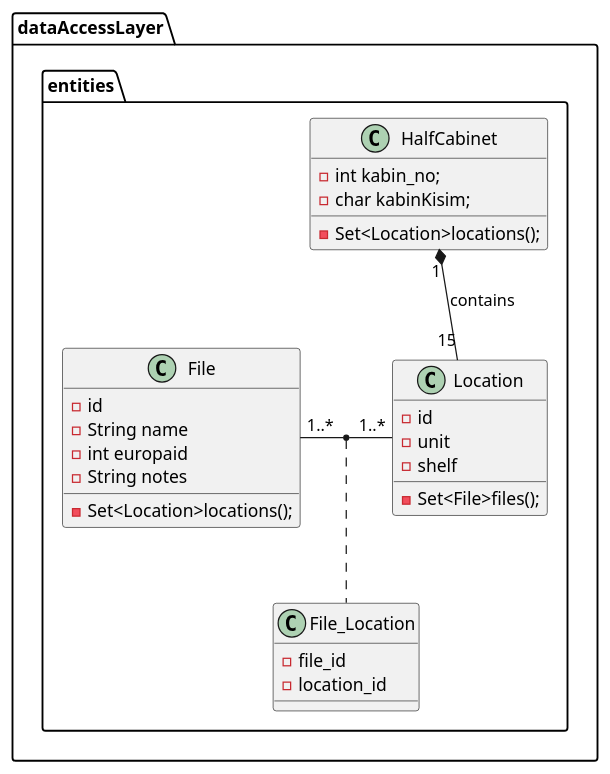
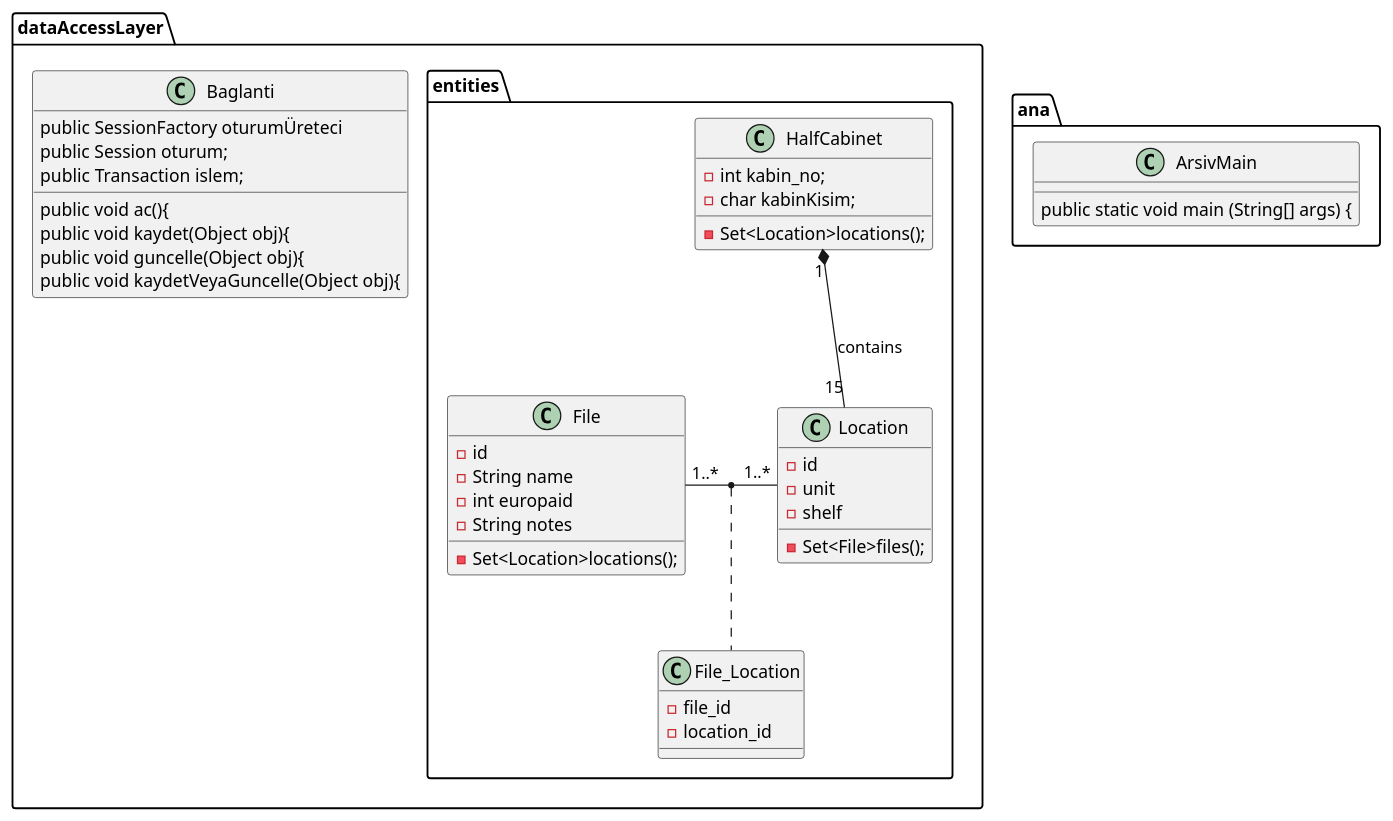
The diagram in src/main/resources/uml/entityClassDiagrams.puml (ipa-mosit/ARSIV-AMS2), drawn with PlantUML before and after one commit. The commit also changed 2 other files, not shown here.

Commit message:
uml modification

```diff
--- a/src/main/resources/uml/entityClassDiagrams.puml
+++ b/src/main/resources/uml/entityClassDiagrams.puml
@@ -1,29 +1,44 @@
 @startuml
-package dataAccessLayer.entities{
+package dataAccessLayer{
+package entities{
 class HalfCabinet{
     -int kabin_no;
     -char kabinKisim;
     -Set<Location>locations();
 }
 HalfCabinet "1" *-- "15" Location:contains
 class Location{
 -id
 -unit
 -shelf
 -Set<File>files();
 }
 class File{
 -id
 -String name
 -int europaid
 -String notes
 -Set<Location>locations();
 }
 File "1..*"-"1..*" Location
 (File,Location) .. File_Location
 class File_Location{
 -file_id
 -location_id
 }
 }
+class Baglanti{
+public SessionFactory oturumÜreteci
+    public Session oturum;
+    public Transaction islem;
+    public void ac(){
+    public void kaydet(Object obj){
+    public void guncelle(Object obj){
+    public void kaydetVeyaGuncelle(Object obj){
+}
+}
+package ana{
+class ArsivMain{
+    public static void main (String[] args) {
+}
 @enduml
```
